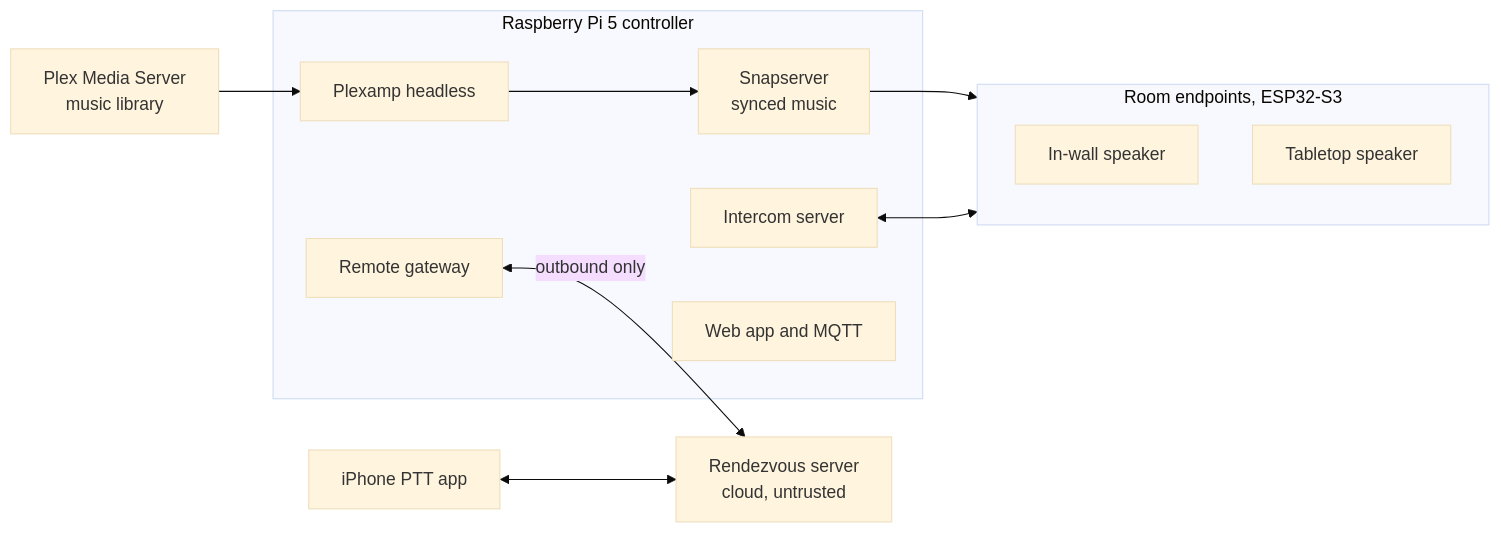
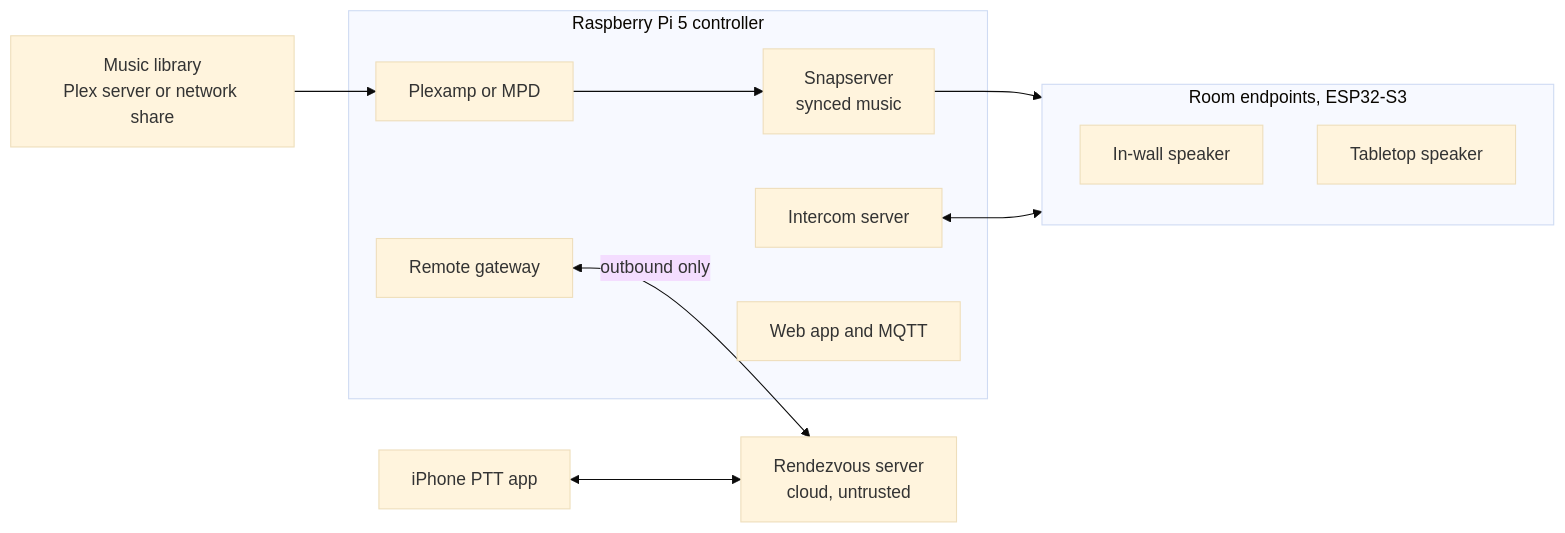
One commit to Fourthlaw/holler changed the diagram in README.md. Above: the diagram before and after it, drawn with Mermaid (base theme). The commit also changed other lines of this file and 2 other files, not shown here.

First line of the commit message:
Add share mode for music and a per-room background sound mode

````diff
--- a/README.md
+++ b/README.md
@@ -29,18 +31,18 @@
 ```mermaid
 flowchart LR
-    Plex[Plex Media Server<br/>music library] --> Plexamp[Plexamp headless]
+    Library[Music library<br/>Plex server or network share] --> Player
     subgraph Pi[Raspberry Pi 5 controller]
-        Plexamp --> Snap[Snapserver<br/>synced music]
+        Player[Plexamp or MPD] --> Snap[Snapserver<br/>synced music]
         Intercom[Intercom server]
         Gateway[Remote gateway]
         Web[Web app and MQTT]
     end
     Snap --> Rooms
     Intercom <--> Rooms
     subgraph Rooms[Room endpoints, ESP32-S3]
         Wall[In-wall speaker]
         Table[Tabletop speaker]
     end
     Gateway <-->|outbound only| Cloud[Rendezvous server<br/>cloud, untrusted]
     Phone[iPhone PTT app] <--> Cloud
 ```
````
